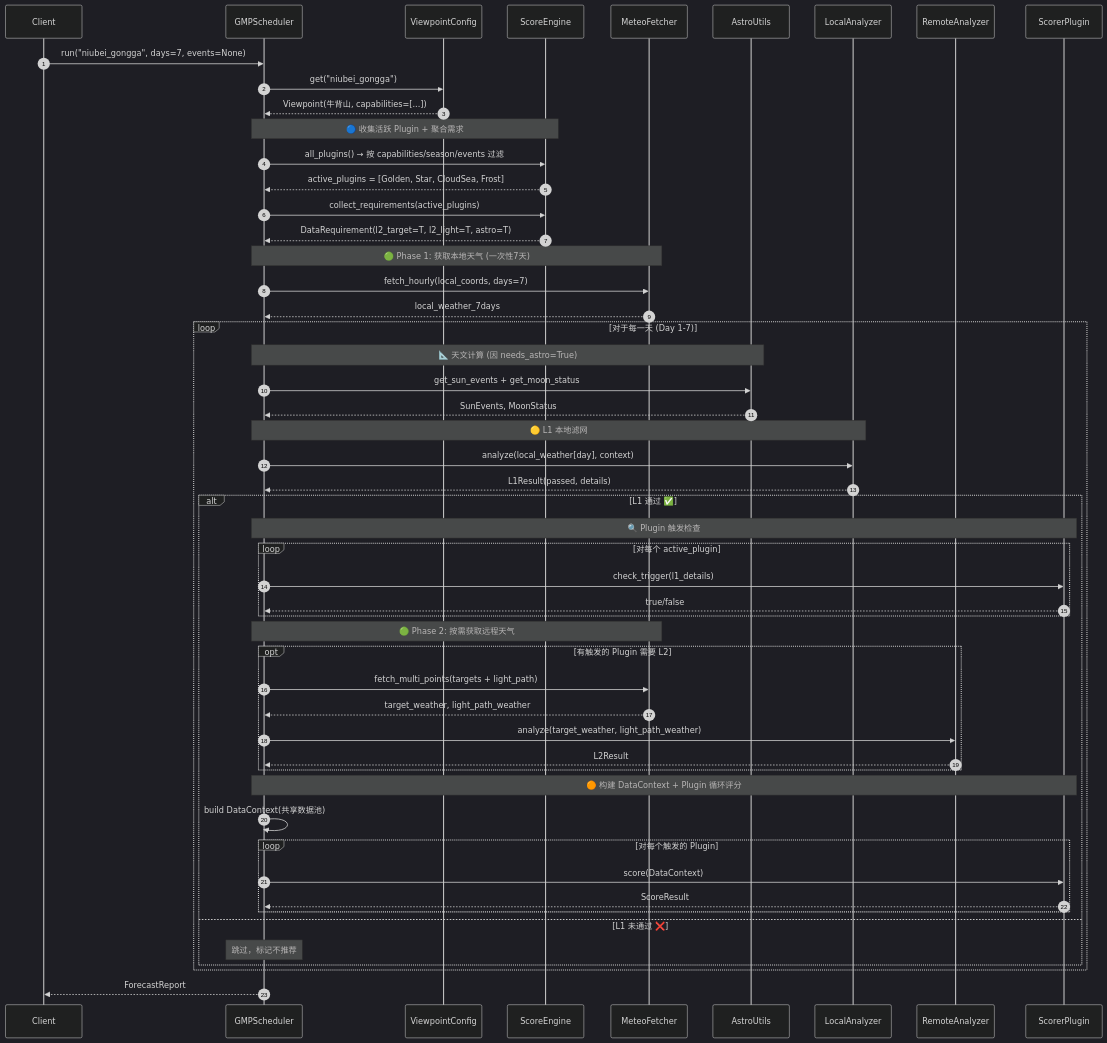
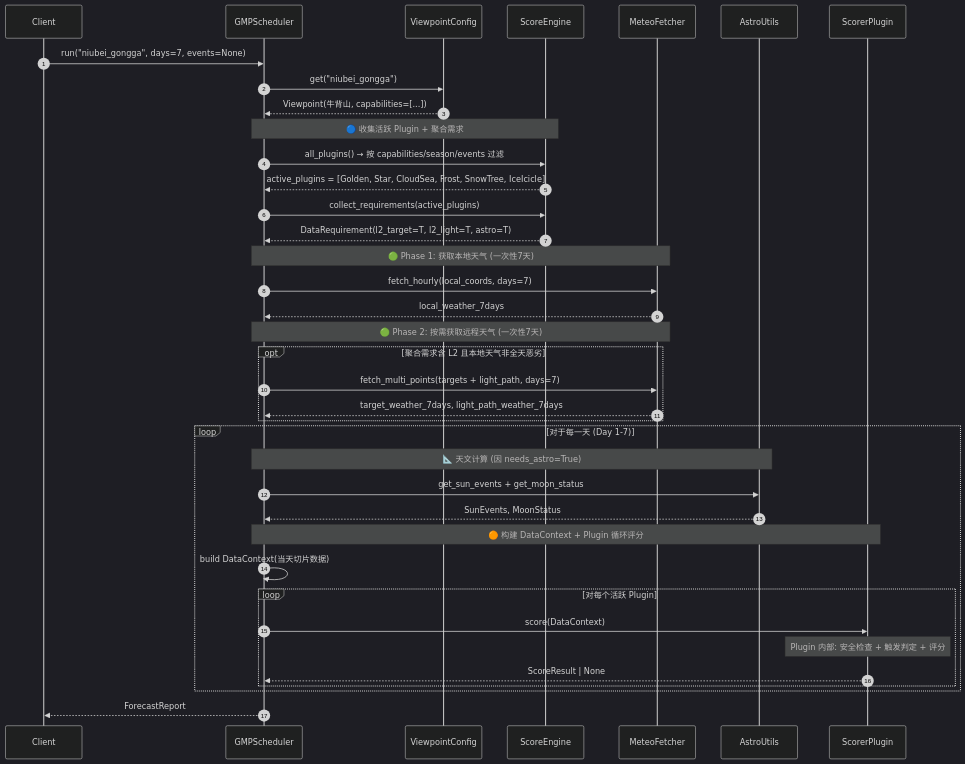
The fifth of 12 diagrams in design/06-class-sequence.md (mpb159753/golden-moment-predictor), drawn with Mermaid (dark theme) before and after one commit. The commit also changed other lines of this file and 9 other files, not shown here.

````diff
--- a/design/06-class-sequence.md
+++ b/design/06-class-sequence.md
@@ -312,64 +325,47 @@
 ```mermaid
 sequenceDiagram
     autonumber
     participant C as Client
     participant S as GMPScheduler
     participant VC as ViewpointConfig
     participant SE as ScoreEngine
     participant MF as MeteoFetcher
     participant AU as AstroUtils
-    participant LA as LocalAnalyzer
-    participant RA as RemoteAnalyzer
     participant P as ScorerPlugin
 
     C->>S: run("niubei_gongga", days=7, events=None)
     S->>VC: get("niubei_gongga")
     VC-->>S: Viewpoint(牛背山, capabilities=[...])
 
     Note over S,SE: 🔵 收集活跃 Plugin + 聚合需求
     S->>SE: all_plugins() → 按 capabilities/season/events 过滤
-    SE-->>S: active_plugins = [Golden, Star, CloudSea, Frost]
+    SE-->>S: active_plugins = [Golden, Star, CloudSea, Frost, SnowTree, IceIcicle]
     S->>SE: collect_requirements(active_plugins)
     SE-->>S: DataRequirement(l2_target=T, l2_light=T, astro=T)
 
     Note over S,MF: 🟢 Phase 1: 获取本地天气 (一次性7天)
     S->>MF: fetch_hourly(local_coords, days=7)
     MF-->>S: local_weather_7days
 
+    Note over S,MF: 🟢 Phase 2: 按需获取远程天气 (一次性7天)
+    opt 聚合需求含 L2 且本地天气非全天恶劣
+        S->>MF: fetch_multi_points(targets + light_path, days=7)
+        MF-->>S: target_weather_7days, light_path_weather_7days
+    end
+
     loop 对于每一天 (Day 1-7)
         Note over S,AU: 📐 天文计算 (因 needs_astro=True)
         S->>AU: get_sun_events + get_moon_status
         AU-->>S: SunEvents, MoonStatus
 
-        Note over S,LA: 🟡 L1 本地滤网
-        S->>LA: analyze(local_weather[day], context)
-        LA-->>S: L1Result(passed, details)
-
-        alt L1 通过 ✅
-            Note over S,P: 🔍 Plugin 触发检查
-            loop 对每个 active_plugin
-                S->>P: check_trigger(l1_details)
-                P-->>S: true/false
-            end
-
-            Note over S,MF: 🟢 Phase 2: 按需获取远程天气
-            opt 有触发的 Plugin 需要 L2
-                S->>MF: fetch_multi_points(targets + light_path)
-                MF-->>S: target_weather, light_path_weather
-                S->>RA: analyze(target_weather, light_path_weather)
-                RA-->>S: L2Result
-            end
-
-            Note over S,P: 🟠 构建 DataContext + Plugin 循环评分
-            S->>S: build DataContext(共享数据池)
-            loop 对每个触发的 Plugin
-                S->>P: score(DataContext)
-                P-->>S: ScoreResult
-            end
-        else L1 未通过 ❌
-            Note over S: 跳过，标记不推荐
+        Note over S,P: 🟠 构建 DataContext + Plugin 循环评分
+        S->>S: build DataContext(当天切片数据)
+        loop 对每个活跃 Plugin
+            S->>P: score(DataContext)
+            Note over P: Plugin 内部: 安全检查 + 触发判定 + 评分
+            P-->>S: ScoreResult | None
         end
     end
 
     S-->>C: ForecastReport
 ```
````
